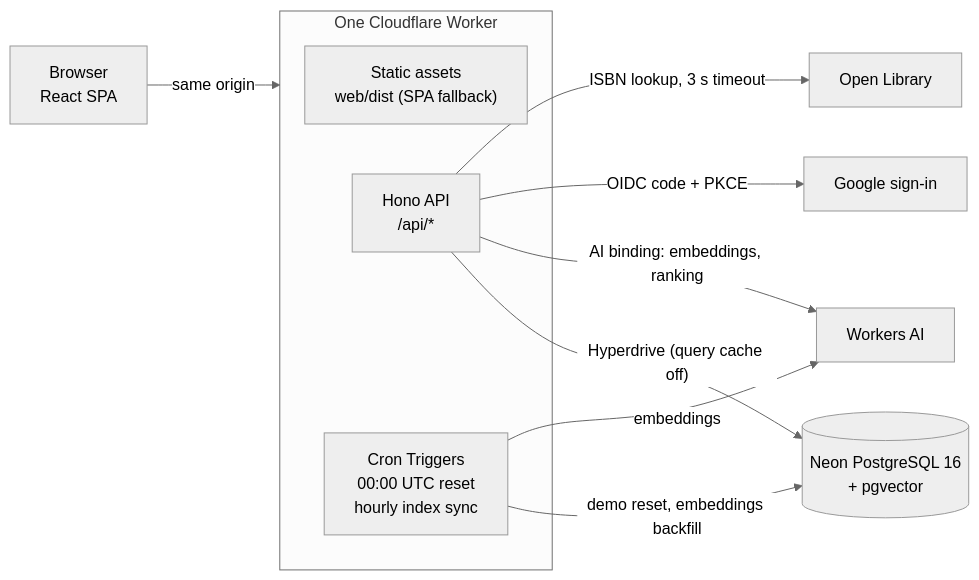
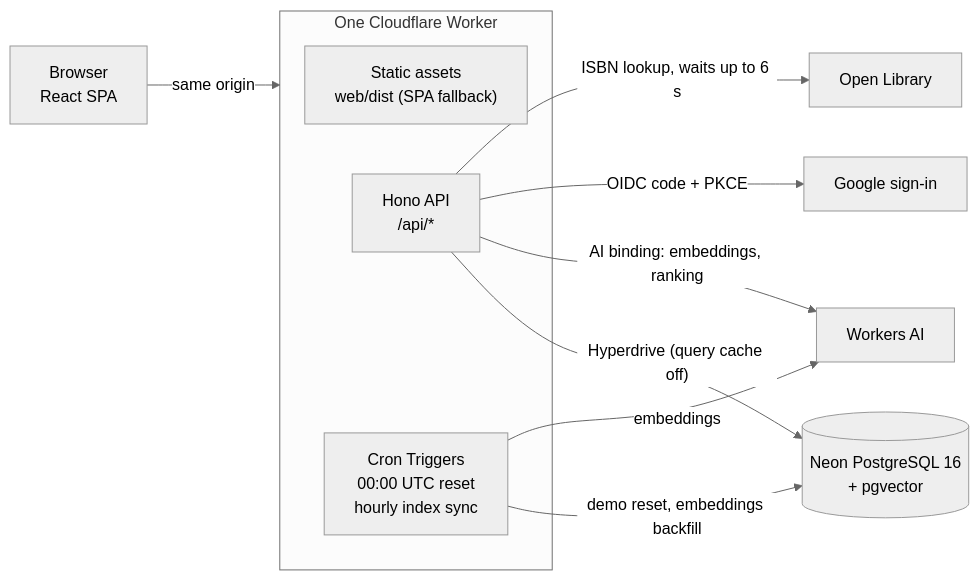
Before and after one commit to ahmedoraby-eng/smart-library-management-system: the diagram in docs/architecture.md, drawn with Mermaid (neutral theme). The commit also changed 10 other files, not shown here.

First line of the commit message:
SLM-21: ISBN lookup waits 6 s for Open Library + success cache (#49)

````diff
--- a/docs/architecture.md
+++ b/docs/architecture.md
@@ -7,15 +7,15 @@
 ```mermaid
 flowchart LR
   B["Browser<br/>React SPA"] -->|"same origin"| W
   subgraph W["One Cloudflare Worker"]
     A["Static assets<br/>web/dist (SPA fallback)"]
     H["Hono API<br/>/api/*"]
     C["Cron Triggers<br/>00:00 UTC reset<br/>hourly index sync"]
   end
   H -->|"Hyperdrive (query cache off)"| N[("Neon PostgreSQL 16<br/>+ pgvector")]
   C -->|"demo reset, embeddings backfill"| N
   H -->|"AI binding: embeddings, ranking"| AI["Workers AI"]
   C -->|"embeddings"| AI
   H -->|"OIDC code + PKCE"| G["Google sign-in"]
-  H -->|"ISBN lookup, 3 s timeout"| OL["Open Library"]
+  H -->|"ISBN lookup, waits up to 6 s"| OL["Open Library"]
 ```
````
